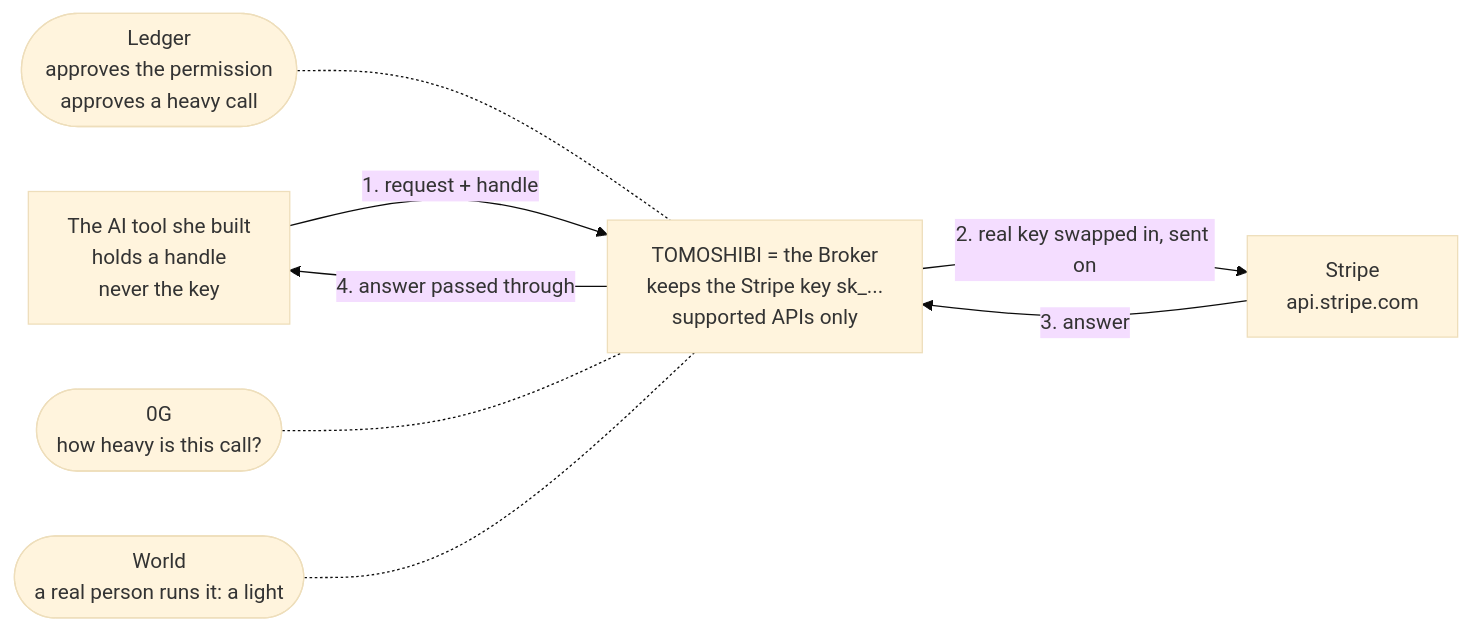
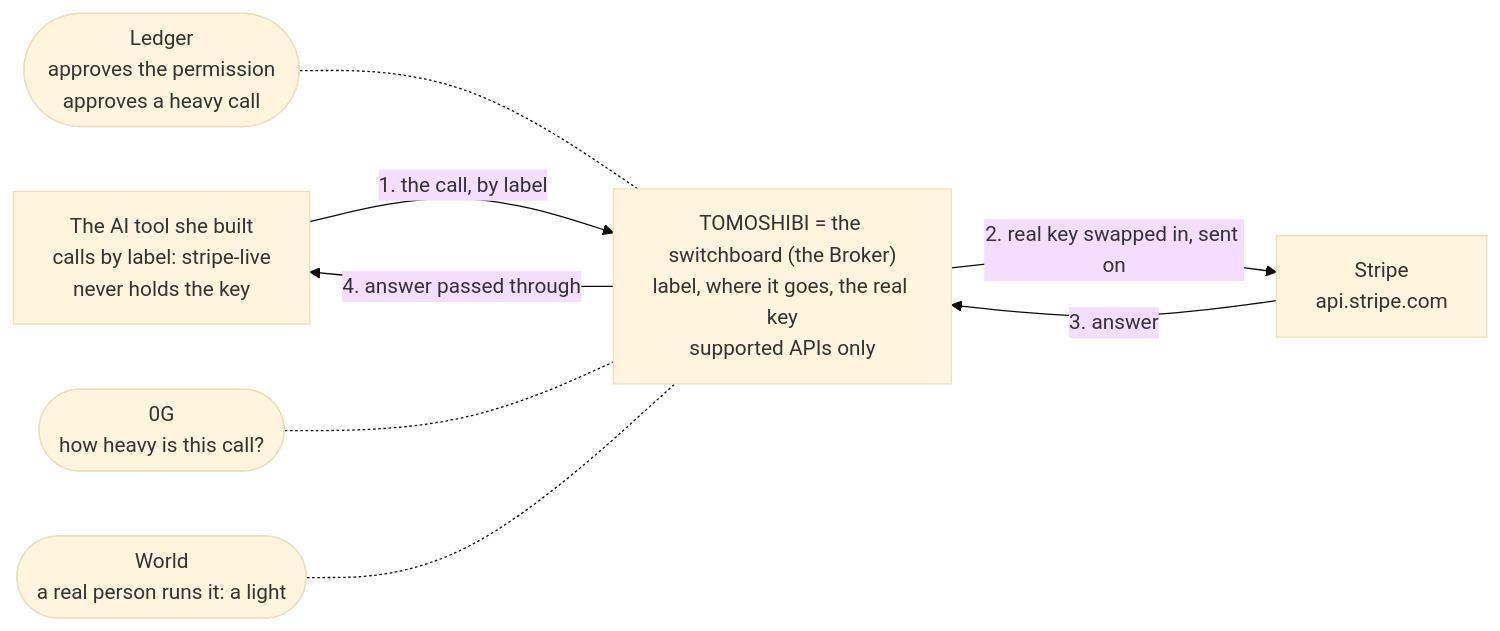
One commit to kou-uni/ethglobal-mumbai changed the first of 2 diagrams in docs/NEW-DIRECTION.md. Above: the diagram before and after it, drawn with Mermaid (base theme). The commit also changed other lines of this file and 2 other files, not shown here.

Commit message:
docs/NEW-DIRECTION.md: use the README's words (switchboard, label, row)

````diff
--- a/docs/NEW-DIRECTION.md
+++ b/docs/NEW-DIRECTION.md
@@ -32,13 +34,13 @@
 ```mermaid
 flowchart LR
-  T["The AI tool she built<br/>holds a handle<br/>never the key"]
-  B["TOMOSHIBI = the Broker<br/>keeps the Stripe key sk_...<br/>supported APIs only"]
+  T["The AI tool she built<br/>calls by label: stripe-live<br/>never holds the key"]
+  B["TOMOSHIBI = the switchboard (the Broker)<br/>label, where it goes, the real key<br/>supported APIs only"]
   S["Stripe<br/>api.stripe.com"]
-  T -- "1. request + handle" --> B
+  T -- "1. the call, by label" --> B
   B -- "2. real key swapped in, sent on" --> S
   S -- "3. answer" --> B
   B -- "4. answer passed through" --> T
   L(["Ledger<br/>approves the permission<br/>approves a heavy call"]) -.- B
   Z(["0G<br/>how heavy is this call?"]) -.- B
   W(["World<br/>a real person runs it: a light"]) -.- B
 ```
````
